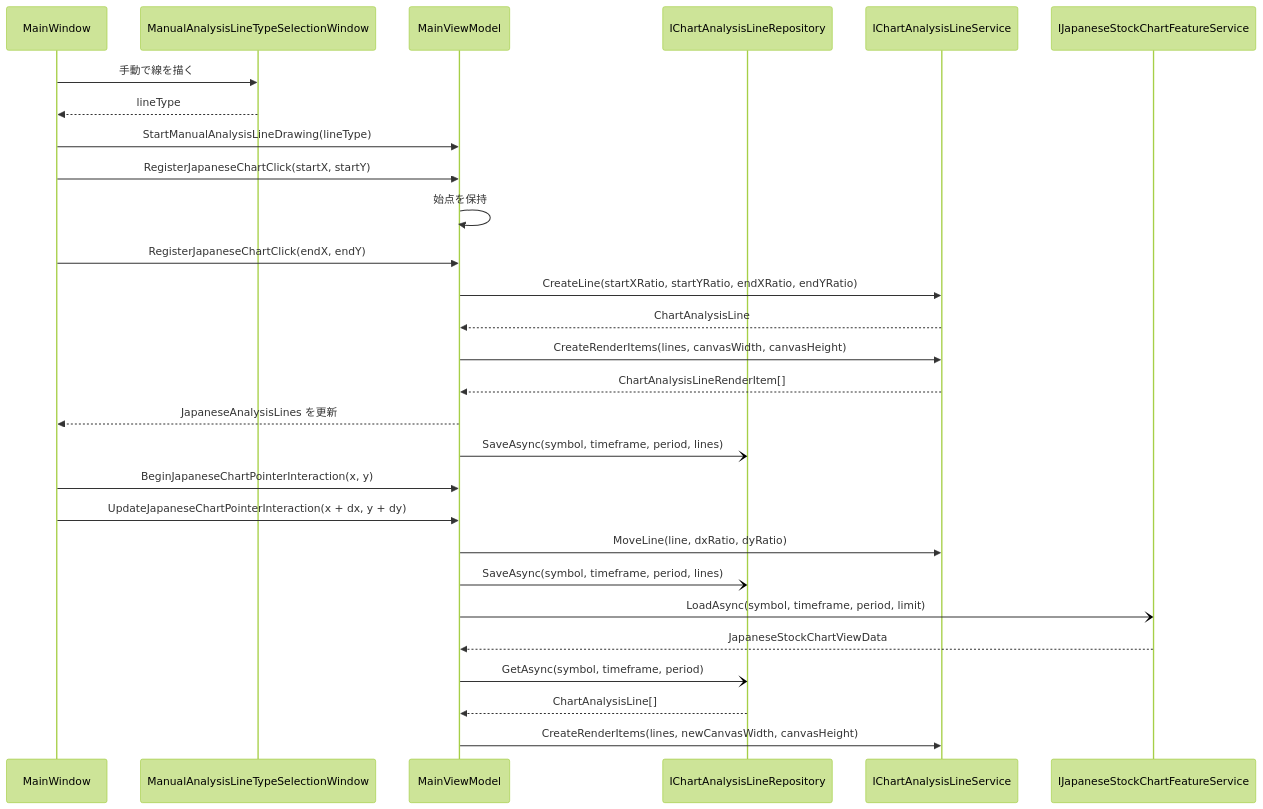
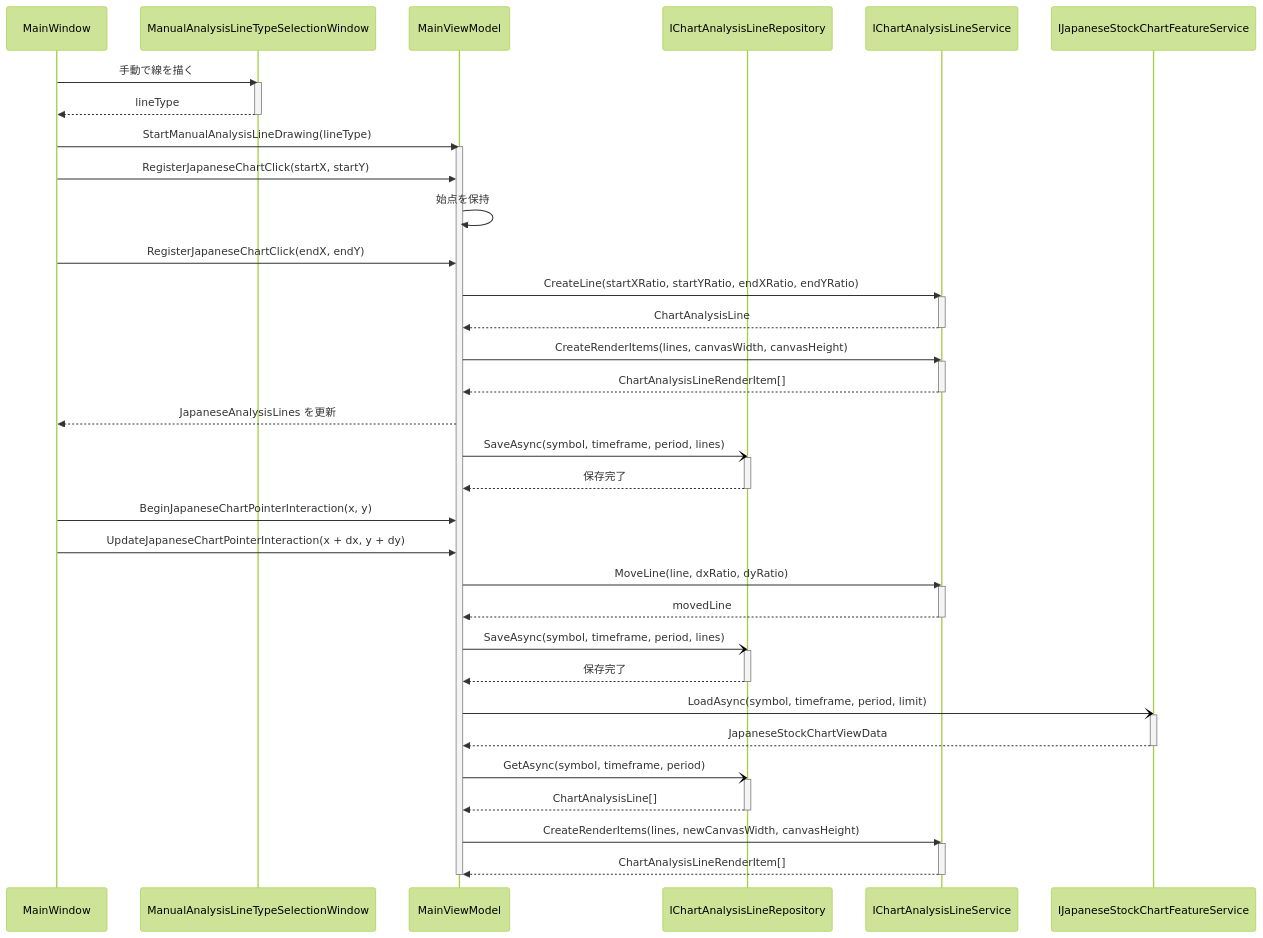
Diagram 12 of 29 in docs/DESIGN.md (yankee2023/market_monitor), drawn with Mermaid (forest theme) before and after one commit. The commit also changed other lines of this file and 9 other files, not shown here.

````diff
--- a/docs/DESIGN.md
+++ b/docs/DESIGN.md
@@ -478,31 +654,55 @@
 ```mermaid
 sequenceDiagram
     participant View as MainWindow
     participant Dialog as ManualAnalysisLineTypeSelectionWindow
     participant VM as MainViewModel
     participant Repo as IChartAnalysisLineRepository
     participant LineService as IChartAnalysisLineService
     participant ChartFeature as IJapaneseStockChartFeatureService
 
     View->>Dialog: 手動で線を描く
+    activate Dialog
     Dialog-->>View: lineType
+    deactivate Dialog
     View->>VM: StartManualAnalysisLineDrawing(lineType)
+    activate VM
     View->>VM: RegisterJapaneseChartClick(startX, startY)
     VM->>VM: 始点を保持
     View->>VM: RegisterJapaneseChartClick(endX, endY)
     VM->>LineService: CreateLine(startXRatio, startYRatio, endXRatio, endYRatio)
+    activate LineService
     LineService-->>VM: ChartAnalysisLine
+    deactivate LineService
     VM->>LineService: CreateRenderItems(lines, canvasWidth, canvasHeight)
+    activate LineService
     LineService-->>VM: ChartAnalysisLineRenderItem[]
+    deactivate LineService
     VM-->>View: JapaneseAnalysisLines を更新
     VM-)Repo: SaveAsync(symbol, timeframe, period, lines)
+    activate Repo
+    Repo-->>VM: 保存完了
+    deactivate Repo
     View->>VM: BeginJapaneseChartPointerInteraction(x, y)
     View->>VM: UpdateJapaneseChartPointerInteraction(x + dx, y + dy)
     VM->>LineService: MoveLine(line, dxRatio, dyRatio)
+    activate LineService
+    LineService-->>VM: movedLine
+    deactivate LineService
     VM-)Repo: SaveAsync(symbol, timeframe, period, lines)
+    activate Repo
+    Repo-->>VM: 保存完了
+    deactivate Repo
     VM-)ChartFeature: LoadAsync(symbol, timeframe, period, limit)
+    activate ChartFeature
     ChartFeature-->>VM: JapaneseStockChartViewData
+    deactivate ChartFeature
     VM-)Repo: GetAsync(symbol, timeframe, period)
+    activate Repo
     Repo-->>VM: ChartAnalysisLine[]
+    deactivate Repo
     VM->>LineService: CreateRenderItems(lines, newCanvasWidth, canvasHeight)
+    activate LineService
+    LineService-->>VM: ChartAnalysisLineRenderItem[]
+    deactivate LineService
+    deactivate VM
 ```
````
